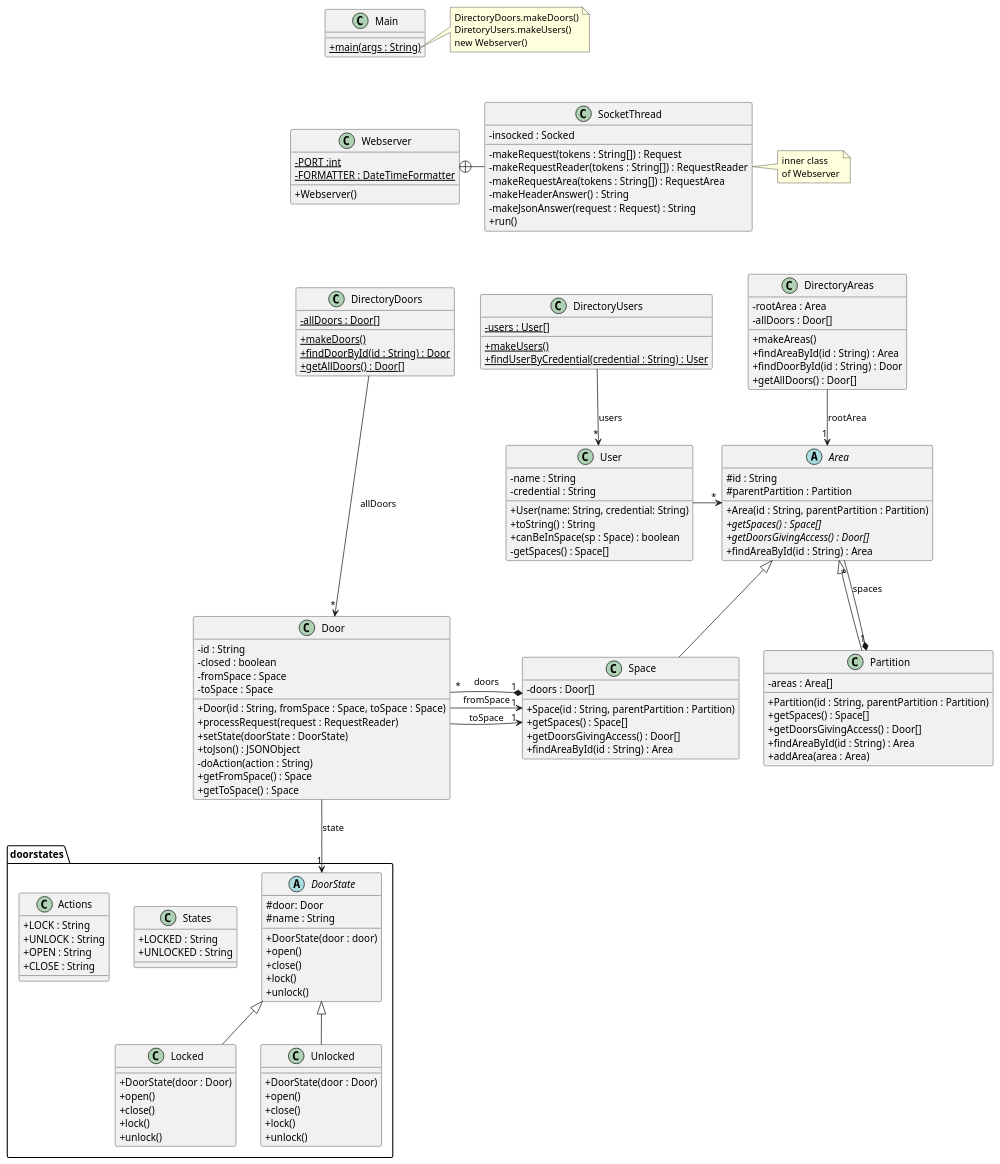
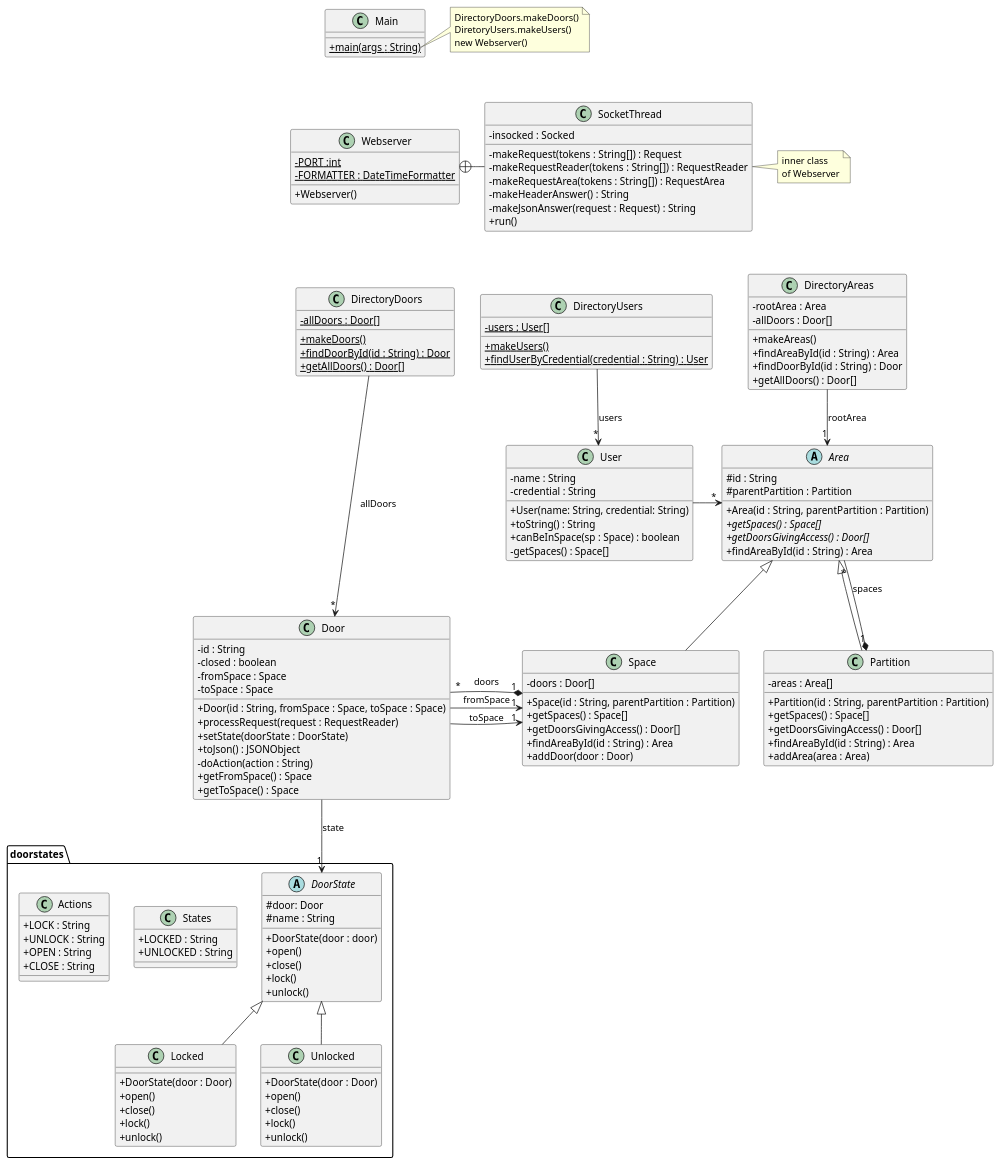
One commit to leonhrt/DSW-ACS changed the diagram in src/baseNoStates/uml/base_no_states.puml. Above: the diagram before and after it, drawn with PlantUML. The commit also changed 5 other files, not shown here.

```diff
--- a/src/baseNoStates/uml/base_no_states.puml
+++ b/src/baseNoStates/uml/base_no_states.puml
@@ -1,175 +1,176 @@
 @startuml
 'https://plantuml.com/class-diagram
 skinparam classAttributeIconSize 0
 
 class Webserver {
 - {static} PORT :int
 - {static} FORMATTER : DateTimeFormatter
 + Webserver()
 }
 
 class SocketThread {
 - insocked : Socked
 - makeRequest(tokens : String[]) : Request
 - makeRequestReader(tokens : String[]) : RequestReader
 - makeRequestArea(tokens : String[]) : RequestArea
 - makeHeaderAnswer() : String
 - makeJsonAnswer(request : Request) : String
 + run()
 }
 
 Webserver +-right- SocketThread
 
 note right of SocketThread
 inner class
 of Webserver
 end note
 
 class DirectoryDoors {
 - {static} allDoors : Door[]
 + {static} makeDoors()
 + {static} findDoorById(id : String) : Door
 + {static} getAllDoors() : Door[]
 }
 
 DirectoryDoors --> "*" Door : "allDoors"
 
 class DirectoryUsers {
 - {static} users : User[]
 + {static} makeUsers()
 + {static} findUserByCredential(credential : String) : User
 }
 
 DirectoryUsers --> "*" User : "users"
 
 class Door {
 - id : String
 - closed : boolean
 - fromSpace : Space
 - toSpace : Space
 + Door(id : String, fromSpace : Space, toSpace : Space)
 + processRequest(request : RequestReader)
 + setState(doorState : DoorState)
 + toJson() : JSONObject
 '+ toString() : String
 '+ isClosed() :boolean
 '+ setClosed(b : boolean)
 '+ getStateName() : String
 - doAction(action : String)
 + getFromSpace() : Space
 + getToSpace() : Space
 }
 
 class Space extends Area{
 -doors : Door[]
 +Space(id : String, parentPartition : Partition)
 +getSpaces() : Space[]
 +getDoorsGivingAccess() : Door[]
 +findAreaById(id : String) : Area
++addDoor(door : Door)
 }
 
 class Partition extends Area{
 -areas : Area[]
 +Partition(id : String, parentPartition : Partition)
 +getSpaces() : Space[]
 +getDoorsGivingAccess() : Door[]
 +findAreaById(id : String) : Area
 +addArea(area : Area)
 }
 
 
 package "doorstates" {
 abstract class DoorState{
 # door: Door
 #name : String
 +DoorState(door : door)
 +open()
 +close()
 +lock()
 +unlock()
 }
 
 class Locked extends DoorState{
 +DoorState(door : Door)
 +open()
 +close()
 +lock()
 +unlock()
 }
 
 class Unlocked extends DoorState{
 +DoorState(door : Door)
 +open()
 +close()
 +lock()
 +unlock()
 }
 
 class States{
 +LOCKED : String
 +UNLOCKED : String
 }
 
 class Actions{
 +LOCK : String
 +UNLOCK : String
 +OPEN : String
 + CLOSE : String
 }
 }
 
 class DirectoryAreas{
 -rootArea : Area
 -allDoors : Door[]
 +makeAreas()
 +findAreaById(id : String) : Area
 +findDoorById(id : String) : Door
 +getAllDoors() : Door[]
 }
 
 
 
 
 class User {
 - name : String
 - credential : String
 + User(name: String, credential: String)
 + toString() : String
 + canBeInSpace(sp : Space) : boolean
 - getSpaces() : Space[]
 }
 
 abstract Class Area{
 #id : String
 #parentPartition : Partition
 +Area(id : String, parentPartition : Partition)
 +{abstract}getSpaces() : Space[]
 +{abstract}getDoorsGivingAccess() : Door[]
 +findAreaById(id : String) : Area
 }
 
 
 class Main {
 + {static} main(args : String)
 }
 
 note right of Main::main
 DirectoryDoors.makeDoors()
 DiretoryUsers.makeUsers()
 new Webserver()
 end note
 
 Main -[hidden]down- Webserver
 Webserver -[hidden]down- DirectoryDoors
 DirectoryDoors -[hidden]right- DirectoryUsers
 
 
 Door --> " 1" DoorState : state
 Door -> "1" Space : fromSpace
 Door -> "1" Space : toSpace
 Space "1" *-left- "*" Door : doors
 User -> "*" Area
 Partition "1" *-- "*" Area : spaces
 DirectoryAreas -down-> "1" Area : rootArea
 
 @enduml
```
